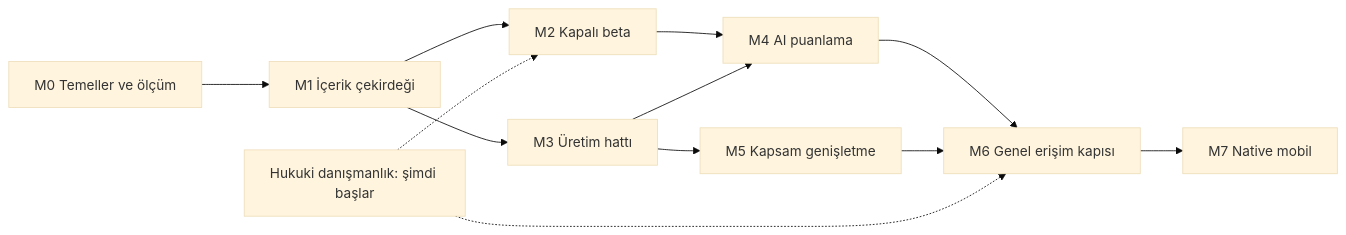
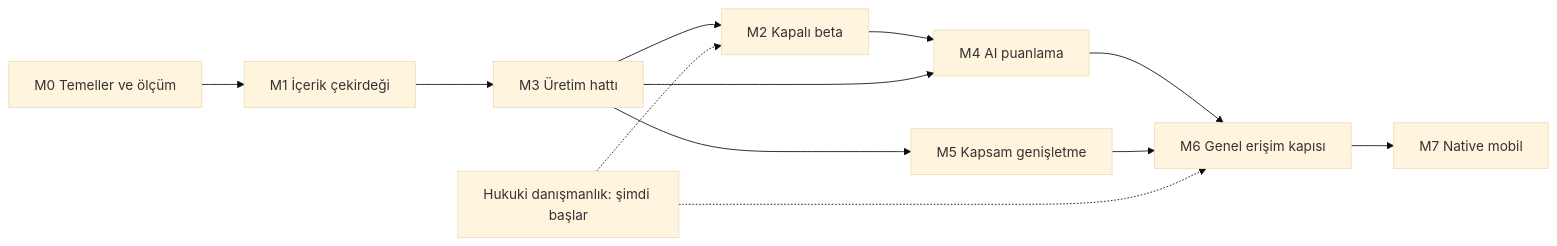
One commit to neslieda/LearningQlab changed the diagram in docs/ROADMAP.md. Above: the diagram before and after it, drawn with Mermaid (base theme). The commit also changed other lines of this file and 7 other files, not shown here.

````diff
--- a/docs/ROADMAP.md
+++ b/docs/ROADMAP.md
@@ -8,14 +8,14 @@
 ```mermaid
 flowchart LR
   M0[M0 Temeller ve ölçüm] --> M1[M1 İçerik çekirdeği]
-  M1 --> M2[M2 Kapalı beta]
   M1 --> M3[M3 Üretim hattı]
+  M3 --> M2[M2 Kapalı beta]
   M2 --> M4[M4 AI puanlama]
   M3 --> M4
   M3 --> M5[M5 Kapsam genişletme]
   M4 --> M6[M6 Genel erişim kapısı]
   M5 --> M6
   M6 --> M7[M7 Native mobil]
   L[Hukuki danışmanlık: şimdi başlar] -.-> M2
   L -.-> M6
 ```
````
